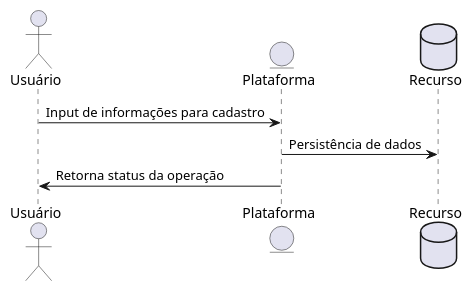
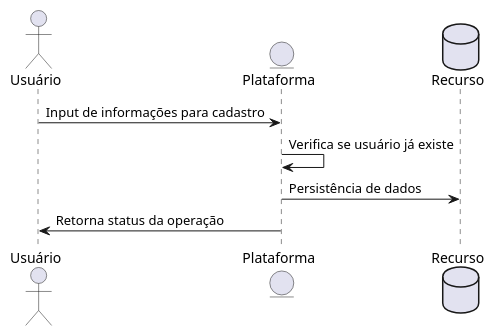
One commit to constantlearning/rse-service changed the first of 6 diagrams in src/main/resources/diagrams/crud-flow.puml. Above: the diagram before and after it, drawn with PlantUML.

Commit message:
Refatoring of crud flow.

```diff
--- a/src/main/resources/diagrams/crud-flow.puml
+++ b/src/main/resources/diagrams/crud-flow.puml
@@ -1,13 +1,15 @@
 @startuml
 
 '    title Cadastro de Usuário
 
     actor Usuário
     entity Plataforma
     database Recurso
 
     Usuário -> Plataforma: Input de informações para cadastro
+    Plataforma -> Plataforma: Verifica se usuário já existe
+'    Tenta buscar usuário
     Plataforma -> Recurso: Persistência de dados
     Plataforma -> Usuário: Retorna status da operação
 
 @enduml
```
